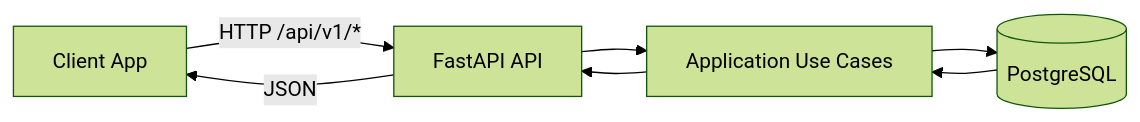
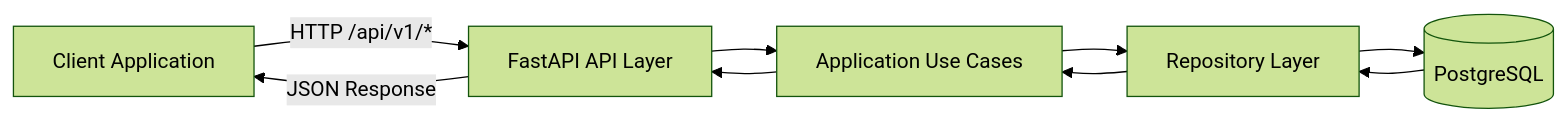
Before and after one commit to siantika/be-carwash-demo: the first of 2 diagrams in README.md, drawn with Mermaid (forest theme). The commit also changed other lines of this file, not shown here.

````diff
--- a/README.md
+++ b/README.md
@@ -39,9 +58,11 @@
 ```mermaid
 flowchart LR
-    C[Client App] -->|HTTP /api/v1/*| A[FastAPI API]
+    C[Client Application] -->|HTTP /api/v1/*| A[FastAPI API Layer]
     A --> U[Application Use Cases]
-    U --> P[(PostgreSQL)]
-    P --> U
+    U --> R[Repository Layer]
+    R --> P[(PostgreSQL)]
+    P --> R
+    R --> U
     U --> A
-    A --> |JSON| C
+    A -->|JSON Response| C
 ```
````
